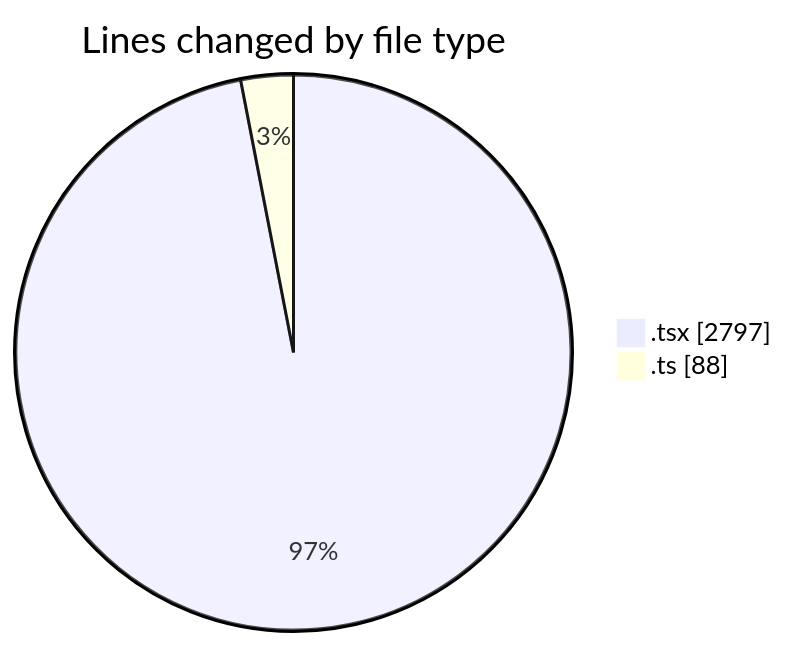
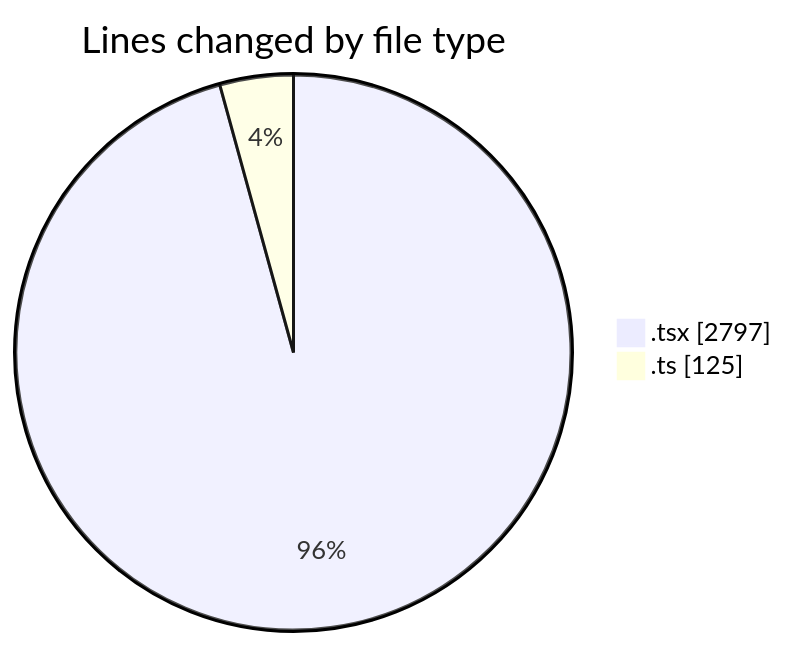
Before and after one commit to nxtqubesakshisongat/code-tracking: the first of 2 diagrams in 2026-03-22/nxtqube_webapp/README.md, drawn with Mermaid. The commit also changed other lines of this file and 1 other file, not shown here.

````diff
--- a/2026-03-22/nxtqube_webapp/README.md
+++ b/2026-03-22/nxtqube_webapp/README.md
@@ -24,6 +24,6 @@
 ```mermaid
 pie showData
 title Lines changed by file type
 ".tsx" : 2797
-".ts" : 88
+".ts" : 125
 ```
````
